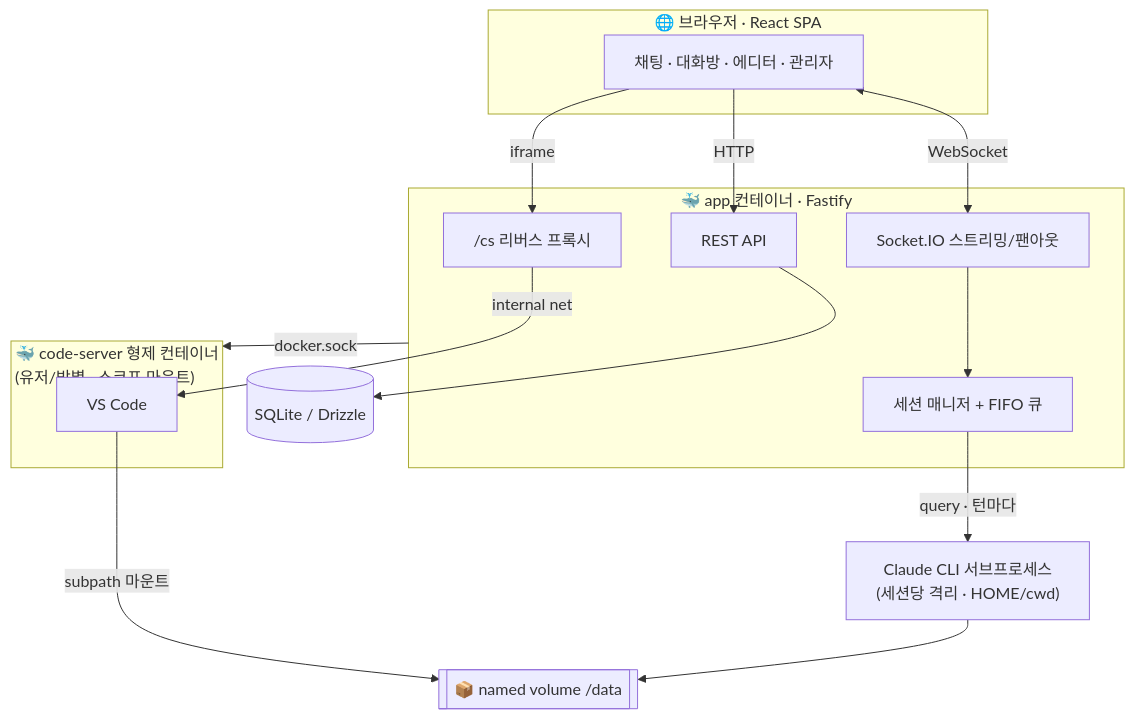
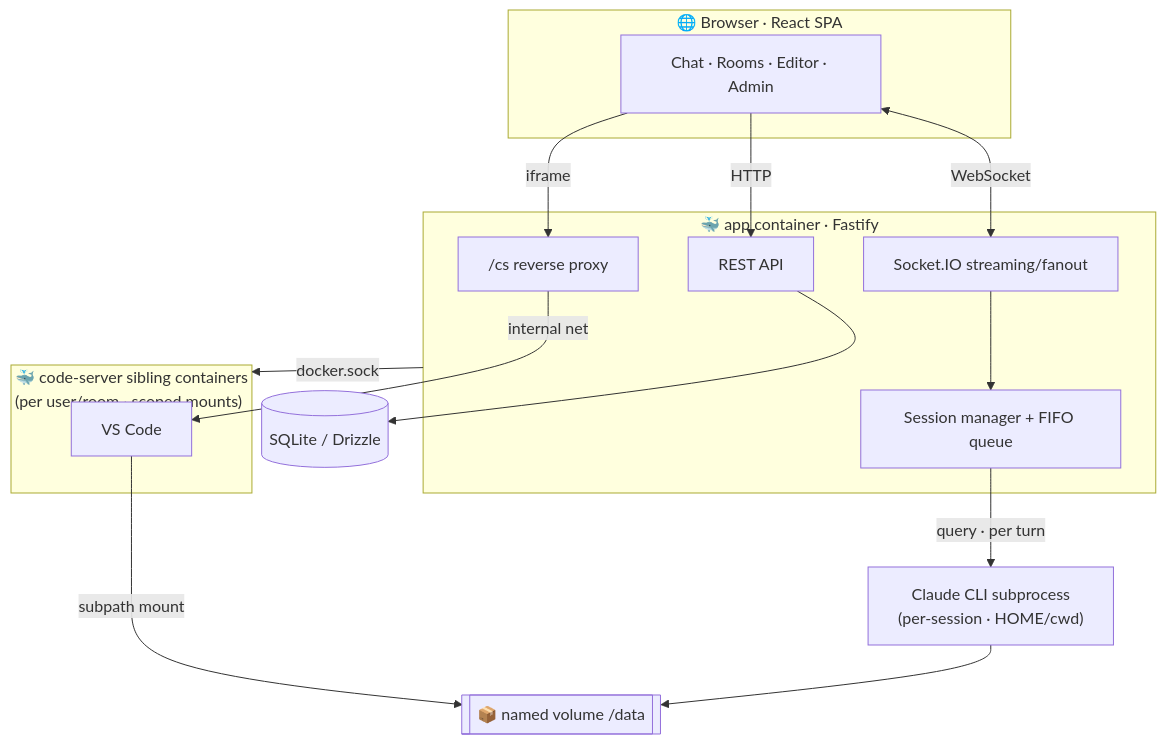
Before and after one commit to scian0204/ClaudeCodeWorkspace: the diagram in README.md, drawn with Mermaid. The commit also changed other lines of this file and 1 other file, not shown here.

````diff
--- a/README.md
+++ b/README.md
@@ -84,29 +86,29 @@
 ```mermaid
 flowchart TB
-  subgraph B["🌐 브라우저 · React SPA"]
-    UI["채팅 · 대화방 · 에디터 · 관리자"]
+  subgraph B["🌐 Browser · React SPA"]
+    UI["Chat · Rooms · Editor · Admin"]
   end
-  subgraph A["🐳 app 컨테이너 · Fastify"]
+  subgraph A["🐳 app container · Fastify"]
     API["REST API"]
-    WS["Socket.IO 스트리밍/팬아웃"]
-    SM["세션 매니저 + FIFO 큐"]
-    PX["/cs 리버스 프록시"]
+    WS["Socket.IO streaming/fanout"]
+    SM["Session manager + FIFO queue"]
+    PX["/cs reverse proxy"]
   end
-  SDK["Claude CLI 서브프로세스<br/>(세션당 격리 · HOME/cwd)"]
-  subgraph C["🐳 code-server 형제 컨테이너<br/>(유저/방별 · 스코프 마운트)"]
+  SDK["Claude CLI subprocess<br/>(per-session · HOME/cwd)"]
+  subgraph C["🐳 code-server sibling containers<br/>(per user/room · scoped mounts)"]
     VS["VS Code"]
   end
   DB[("SQLite / Drizzle")]
   VOL[["📦 named volume /data"]]
 
   UI <-->|WebSocket| WS
   UI -->|HTTP| API
   UI -->|iframe| PX
   WS --> SM
-  SM -->|query · 턴마다| SDK
+  SM -->|query · per turn| SDK
   API --> DB
   A -->|docker.sock| C
   PX -->|internal net| VS
   SDK --> VOL
-  VS -->|subpath 마운트| VOL
+  VS -->|subpath mount| VOL
 ```
````
